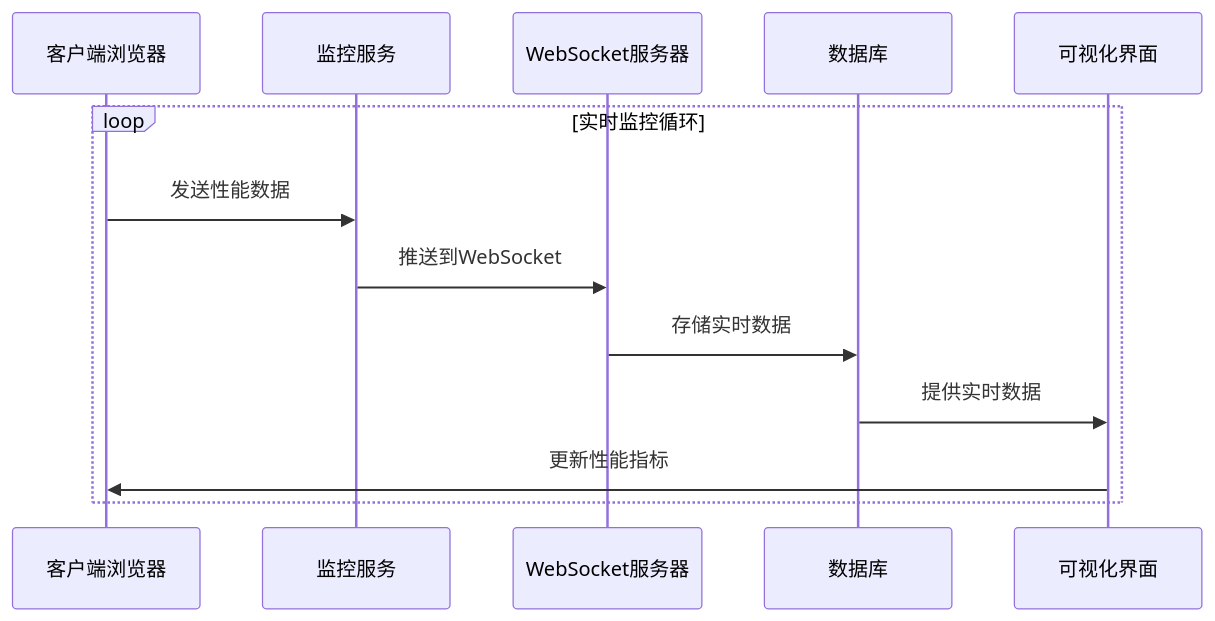
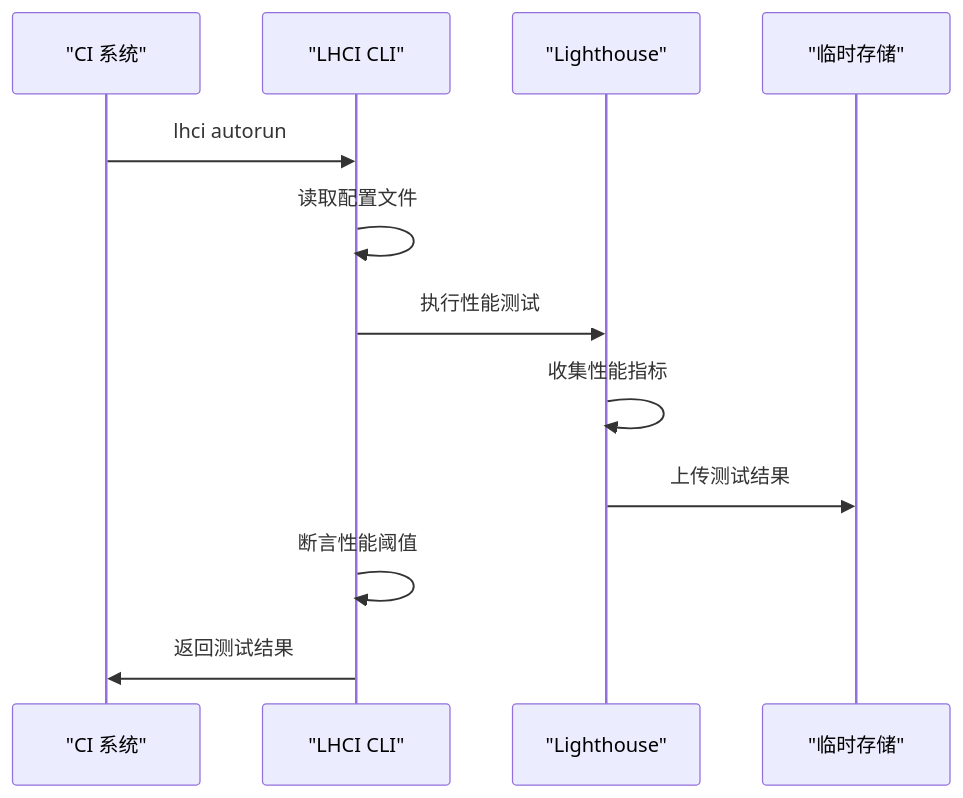
The eighth of 9 diagrams in .qoder/repowiki/zh/content/前端性能优化/性能监控.md (UnicornXU/knowledge-base), drawn with Mermaid before and after one commit. The commit also changed other lines of this file and 8 other files, not shown here.

````diff
--- a/.qoder/repowiki/zh/content/前端性能优化/性能监控.md
+++ b/.qoder/repowiki/zh/content/前端性能优化/性能监控.md
@@ -323,15 +300,14 @@
 ```mermaid
 sequenceDiagram
-participant C as 客户端浏览器
-participant S as 监控服务
-participant W as WebSocket服务器
-participant D as 数据库
-participant V as 可视化界面
-loop 实时监控循环
-C->>S : 发送性能数据
-S->>W : 推送到WebSocket
-W->>D : 存储实时数据
-D->>V : 提供实时数据
-V->>C : 更新性能指标
-end
+participant CI as "CI 系统"
+participant LHCI as "LHCI CLI"
+participant Lighthouse as "Lighthouse"
+participant Storage as "临时存储"
+CI->>LHCI : lhci autorun
+LHCI->>LHCI : 读取配置文件
+LHCI->>Lighthouse : 执行性能测试
+Lighthouse->>Lighthouse : 收集性能指标
+Lighthouse->>Storage : 上传测试结果
+LHCI->>LHCI : 断言性能阈值
+LHCI->>CI : 返回测试结果
 ```
````
